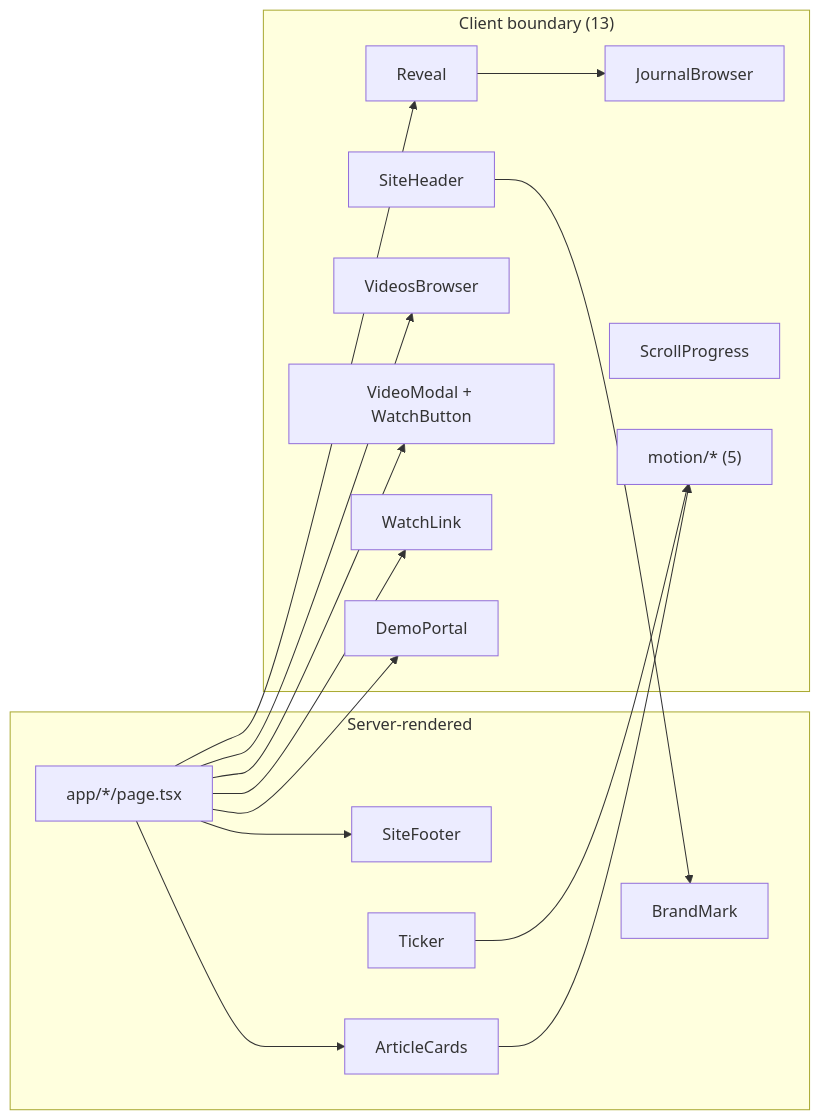
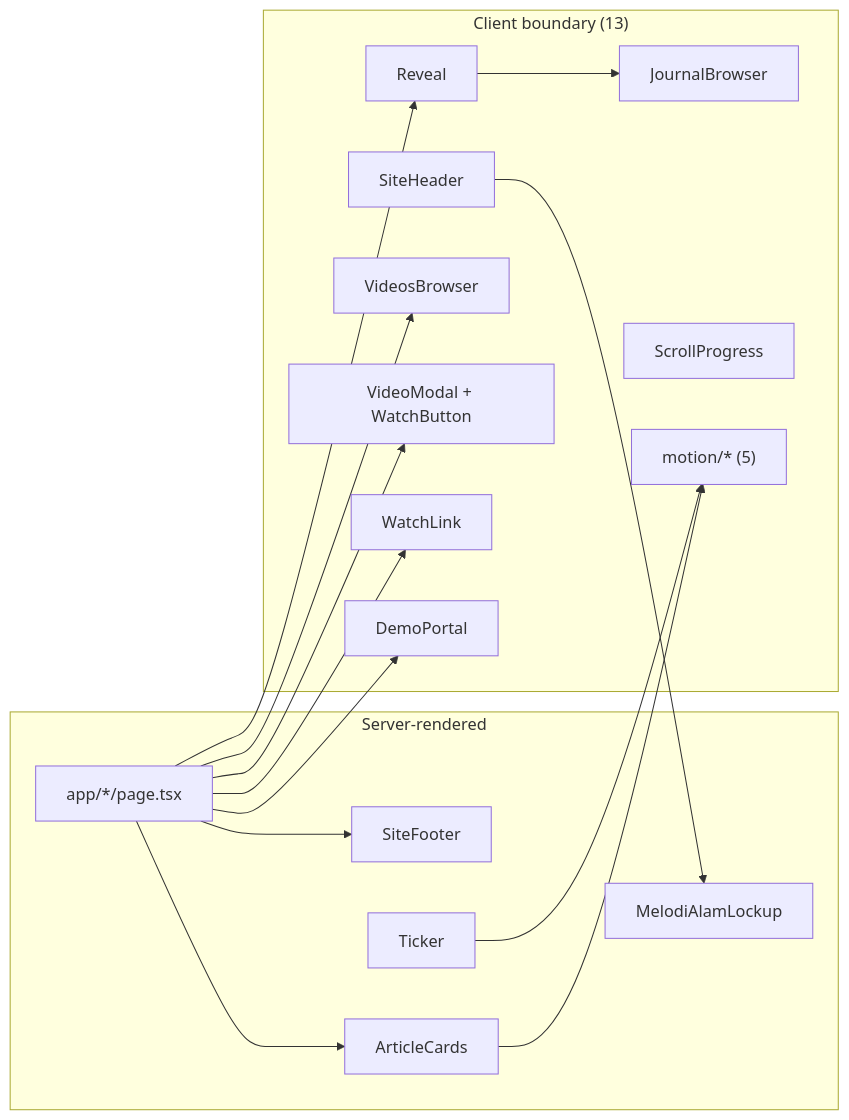
One commit to albiruby/melodialam-website changed the second of 4 diagrams in docs/FRONTEND-PLAN.md. Above: the diagram before and after it, drawn with Mermaid. The commit also changed other lines of this file and 24 other files, not shown here.

````diff
--- a/docs/FRONTEND-PLAN.md
+++ b/docs/FRONTEND-PLAN.md
@@ -236,31 +236,31 @@
 ```mermaid
 graph LR
   subgraph server["Server-rendered"]
     PG["app/*/page.tsx"]
     FO["SiteFooter"]
     TI["Ticker"]
     AC["ArticleCards"]
-    BM["BrandMark"]
+    BM["MelodiAlamLockup"]
   end
   subgraph client["Client boundary (13)"]
     HD["SiteHeader"]
     RB["Reveal"]
     JB["JournalBrowser"]
     VB["VideosBrowser"]
     VM["VideoModal + WatchButton"]
     WL["WatchLink"]
     DP["DemoPortal"]
     SP["ScrollProgress"]
     M["motion/* (5)"]
   end
   PG --> FO
   PG --> AC
   AC --> M
   TI --> M
   PG --> RB --> JB
   PG --> VB
   PG --> VM
   PG --> WL
   PG --> DP
   HD --> BM
 ```
````
